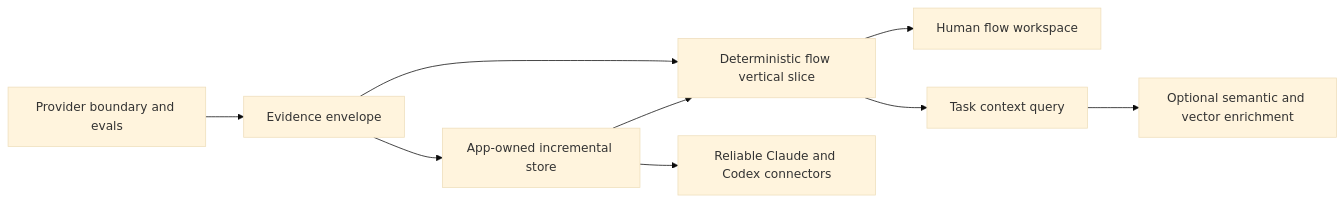
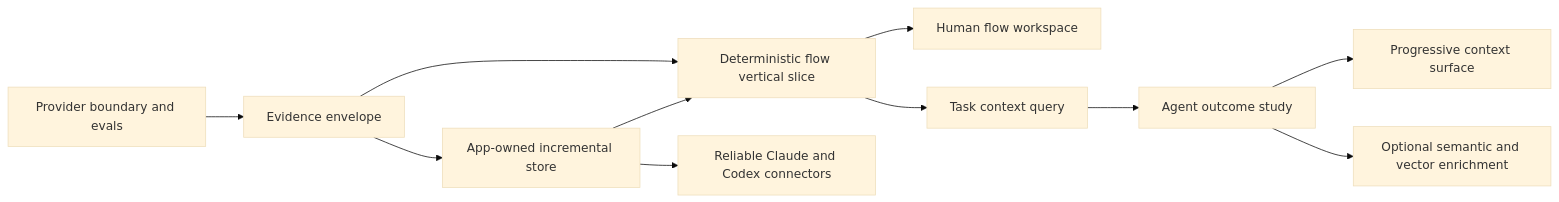
One commit to dvideby0/claude-plugins changed the diagram in docs/BACKLOG.md. Above: the diagram before and after it, drawn with Mermaid (base theme). The commit also changed other lines of this file and 6 other files, not shown here.

````diff
--- a/docs/BACKLOG.md
+++ b/docs/BACKLOG.md
@@ -27,11 +28,13 @@
 ```mermaid
 flowchart LR
   P["Provider boundary and evals"] --> A["Evidence envelope"]
   A --> B["App-owned incremental store"]
   A --> C["Deterministic flow vertical slice"]
   B --> C
   C --> D["Human flow workspace"]
   C --> E["Task context query"]
-  E --> F["Optional semantic and vector enrichment"]
+  E --> H["Agent outcome study"]
+  H --> I["Progressive context surface"]
+  H --> F["Optional semantic and vector enrichment"]
   B --> G["Reliable Claude and Codex connectors"]
 ```
````
